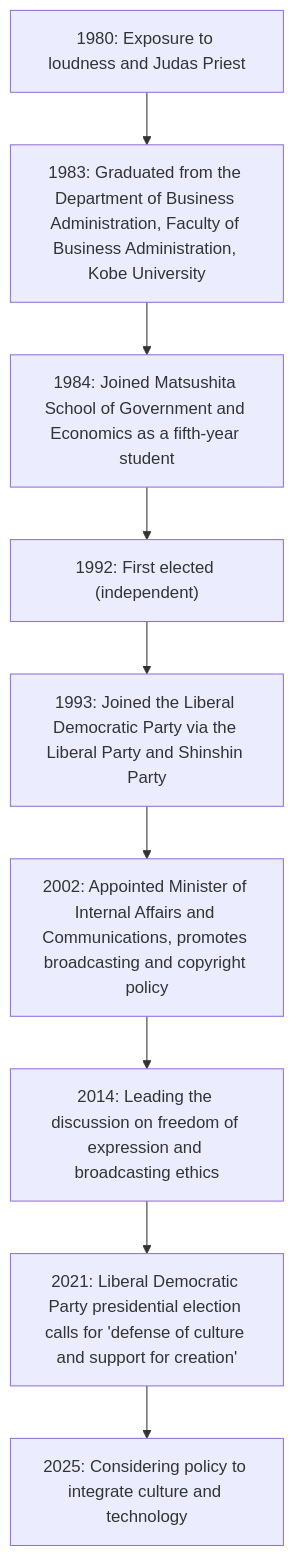
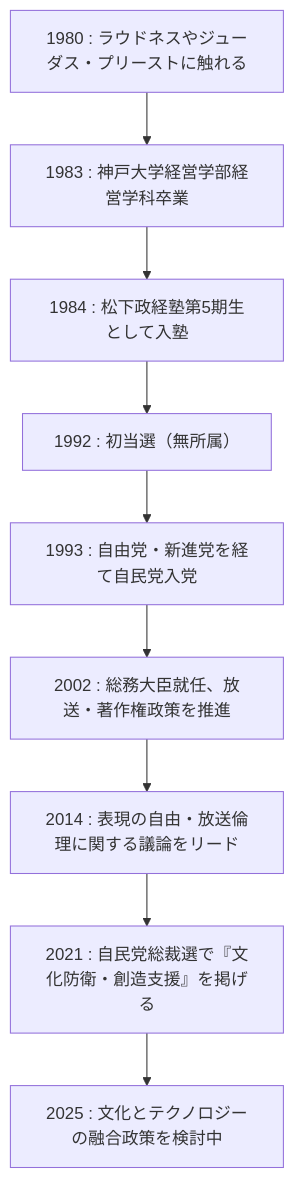
One commit to monumental-movement/monumental-movement.github.io changed the second of 3 diagrams in en/_posts/2025-10-25-column-takaichi-metal.md. Above: the diagram before and after it, drawn with Mermaid. The commit also changed other lines of this file and 1701 other files, not shown here.

```diff
--- a/en/_posts/2025-10-25-column-takaichi-metal.md
+++ b/en/_posts/2025-10-25-column-takaichi-metal.md
@@ -131,13 +127,13 @@
 <div class="mermaid">
-    
+
 graph TD
-A1980["1980: Exposure to loudness and Judas Priest"] --> A1983["1983: Graduated from the Department of Business Administration, Faculty of Business Administration, Kobe University"]
-A1983 --> A1984["1984: Joined Matsushita School of Government and Economics as a fifth-year student"]
-A1984 --> A1992["1992: First elected (independent)"]
-A1992 --> A1993["1993: Joined the Liberal Democratic Party via the Liberal Party and Shinshin Party"]
-A1993 --> A2002["2002: Appointed Minister of Internal Affairs and Communications, promotes broadcasting and copyright policy"]
-A2002 --> A2014["2014: Leading the discussion on freedom of expression and broadcasting ethics"]
-A2014 --> A2021["2021: Liberal Democratic Party presidential election calls for 'defense of culture and support for creation'"]
-A2021 --> A2025["2025: Considering policy to integrate culture and technology"]
+  A1980["1980 : ラウドネスやジューダス・プリーストに触れる"] --> A1983["1983 : 神戸大学経営学部経営学科卒業"]
+  A1983 --> A1984["1984 : 松下政経塾第5期生として入塾"]
+  A1984 --> A1992["1992 : 初当選（無所属）"]
+  A1992 --> A1993["1993 : 自由党・新進党を経て自民党入党"]
+  A1993 --> A2002["2002 : 総務大臣就任、放送・著作権政策を推進"]
+  A2002 --> A2014["2014 : 表現の自由・放送倫理に関する議論をリード"]
+  A2014 --> A2021["2021 : 自民党総裁選で『文化防衛・創造支援』を掲げる"]
+  A2021 --> A2025["2025 : 文化とテクノロジーの融合政策を検討中"]
 
 </div>
```
